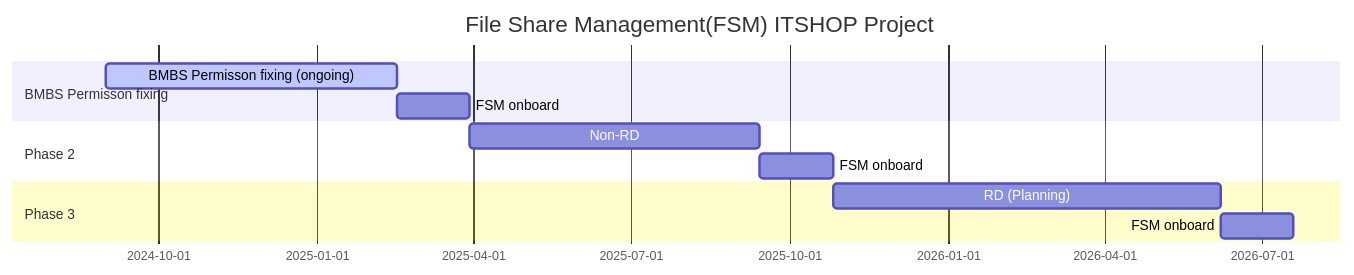
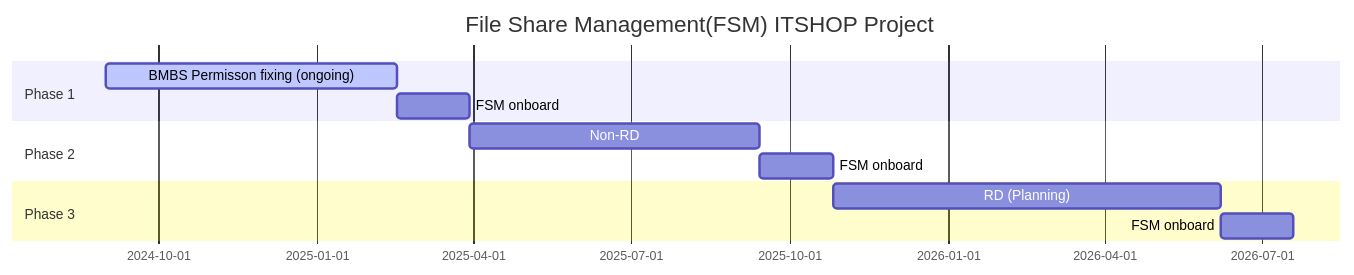
Before and after one commit to pluto133/-: the diagram in FSM_timeline.md, drawn with Mermaid.

````diff
--- a/FSM_timeline.md
+++ b/FSM_timeline.md
@@ -1,17 +1,17 @@
 ```mermaid
 gantt
     title File Share Management(FSM) ITSHOP Project
     dateFormat  YYYY-MM-DD
 
-    Section BMBS Permisson fixing
+    Section Phase 1
     BMBS Permisson fixing (ongoing) :active, a1, 2024-09-01, 24w
     FSM onboard    : a2,after a1, 6w
 
     Section Phase 2
     Non-RD  : a3,after a2, 24w
     FSM onboard     :  a4, after a3, 6w
 
     Section Phase 3
     RD (Planning) :a5, after a4, 32w
     FSM onboard     : a6, after a5, 6w
 ```
````
